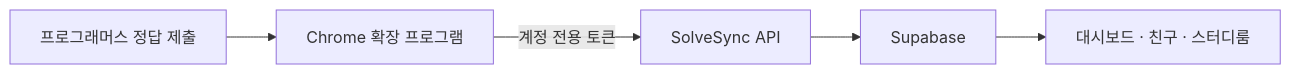
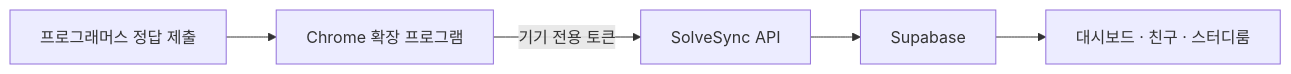
One commit to ggwanrok/solve-sync changed the diagram in README.md. Above: the diagram before and after it, drawn with Mermaid. The commit also changed other lines of this file and 32 other files, not shown here.

````diff
--- a/README.md
+++ b/README.md
@@ -71,7 +73,7 @@
 ```mermaid
 flowchart LR
     A["프로그래머스 정답 제출"] --> B["Chrome 확장 프로그램"]
-    B -->|"계정 전용 토큰"| C["SolveSync API"]
+    B -->|"기기 전용 토큰"| C["SolveSync API"]
     C --> D["Supabase"]
     D --> E["대시보드 · 친구 · 스터디룸"]
 ```
````
